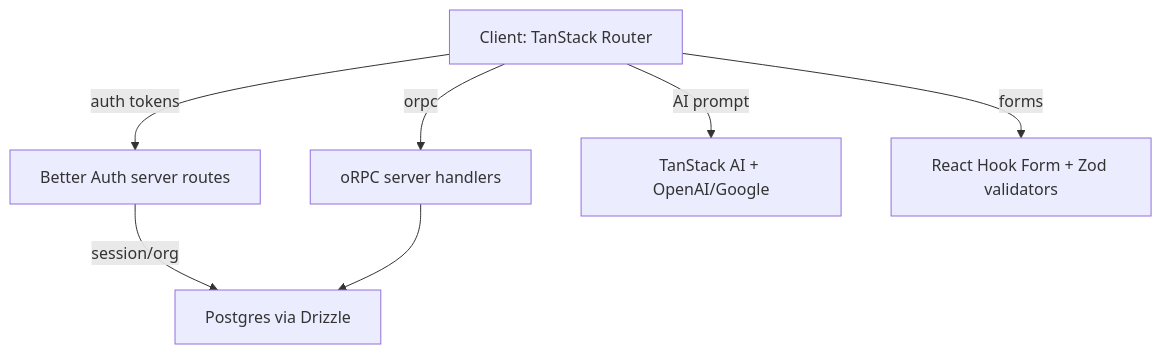
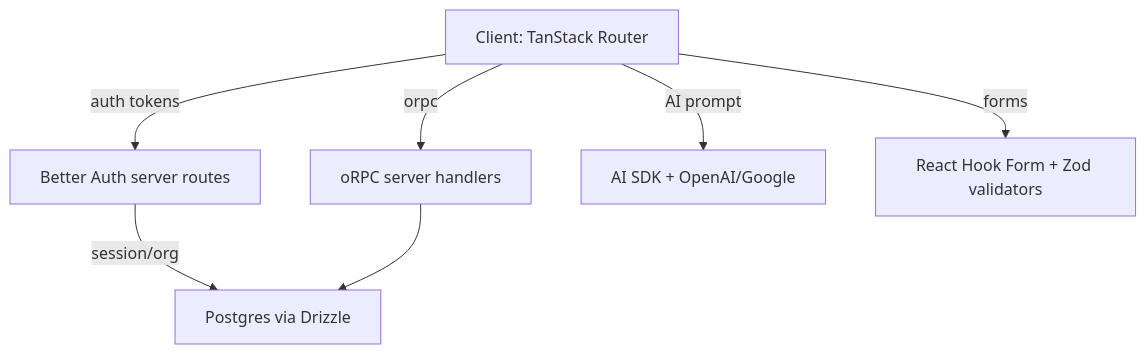
Before and after one commit to CarlosZiegler/start-kit.dev: the diagram in apps/start-template/README.md, drawn with Mermaid. The commit also changed other lines of this file and 12 other files, not shown here.

````diff
--- a/apps/start-template/README.md
+++ b/apps/start-template/README.md
@@ -38,9 +38,9 @@
 ```mermaid
 flowchart TD
   A[Client: TanStack Router] -->|auth tokens| B[Better Auth server routes]
   B -->|session/org| C[Postgres via Drizzle]
   A -->|orpc| D[oRPC server handlers]
   D --> C
-  A -->|AI prompt| E[TanStack AI + OpenAI/Google]
+  A -->|AI prompt| E[AI SDK + OpenAI/Google]
   A -->|forms| F[React Hook Form + Zod validators]
 ```
````
